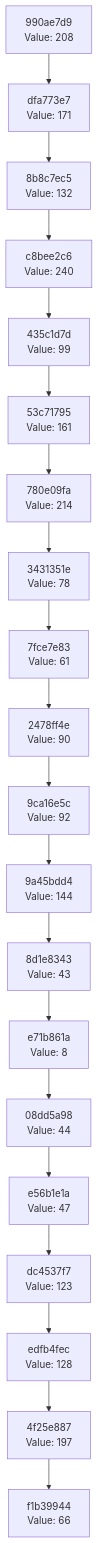
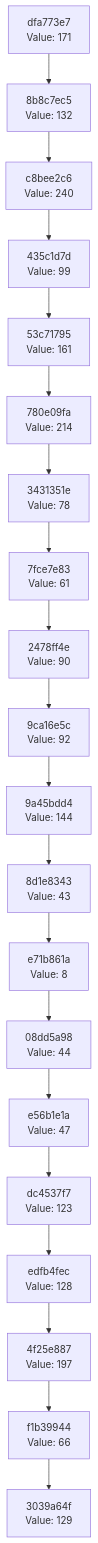
The diagram in docs/CHAIN_VISUALIZATION.md (Abhisheksinha1506/hash-chain-evolver), drawn with Mermaid before and after one commit. The commit also changed 2 other files, not shown here.

Commit message:
Evolution Step

````diff
--- a/docs/CHAIN_VISUALIZATION.md
+++ b/docs/CHAIN_VISUALIZATION.md
@@ -3,42 +3,42 @@
 ```mermaid
 graph TD
-    C0["f1b39944<br/>Value: 66"]
-    C1["4f25e887<br/>Value: 197"]
+    C0["3039a64f<br/>Value: 129"]
+    C1["f1b39944<br/>Value: 66"]
     C1 --> C0
-    C2["edfb4fec<br/>Value: 128"]
+    C2["4f25e887<br/>Value: 197"]
     C2 --> C1
-    C3["dc4537f7<br/>Value: 123"]
+    C3["edfb4fec<br/>Value: 128"]
     C3 --> C2
-    C4["e56b1e1a<br/>Value: 47"]
+    C4["dc4537f7<br/>Value: 123"]
     C4 --> C3
-    C5["08dd5a98<br/>Value: 44"]
+    C5["e56b1e1a<br/>Value: 47"]
     C5 --> C4
-    C6["e71b861a<br/>Value: 8"]
+    C6["08dd5a98<br/>Value: 44"]
     C6 --> C5
-    C7["8d1e8343<br/>Value: 43"]
+    C7["e71b861a<br/>Value: 8"]
     C7 --> C6
-    C8["9a45bdd4<br/>Value: 144"]
+    C8["8d1e8343<br/>Value: 43"]
     C8 --> C7
-    C9["9ca16e5c<br/>Value: 92"]
+    C9["9a45bdd4<br/>Value: 144"]
     C9 --> C8
-    C10["2478ff4e<br/>Value: 90"]
+    C10["9ca16e5c<br/>Value: 92"]
     C10 --> C9
-    C11["7fce7e83<br/>Value: 61"]
+    C11["2478ff4e<br/>Value: 90"]
     C11 --> C10
-    C12["3431351e<br/>Value: 78"]
+    C12["7fce7e83<br/>Value: 61"]
     C12 --> C11
-    C13["780e09fa<br/>Value: 214"]
+    C13["3431351e<br/>Value: 78"]
     C13 --> C12
-    C14["53c71795<br/>Value: 161"]
+    C14["780e09fa<br/>Value: 214"]
     C14 --> C13
-    C15["435c1d7d<br/>Value: 99"]
+    C15["53c71795<br/>Value: 161"]
     C15 --> C14
-    C16["c8bee2c6<br/>Value: 240"]
+    C16["435c1d7d<br/>Value: 99"]
     C16 --> C15
-    C17["8b8c7ec5<br/>Value: 132"]
+    C17["c8bee2c6<br/>Value: 240"]
     C17 --> C16
-    C18["dfa773e7<br/>Value: 171"]
+    C18["8b8c7ec5<br/>Value: 132"]
     C18 --> C17
-    C19["990ae7d9<br/>Value: 208"]
+    C19["dfa773e7<br/>Value: 171"]
     C19 --> C18
 ```
````
